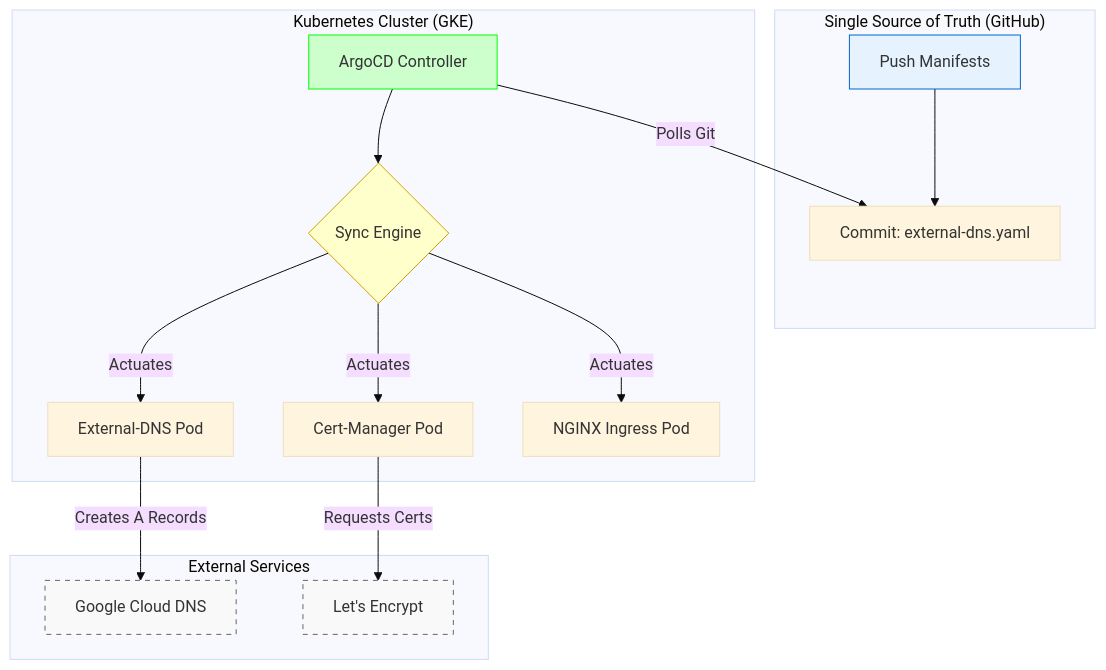
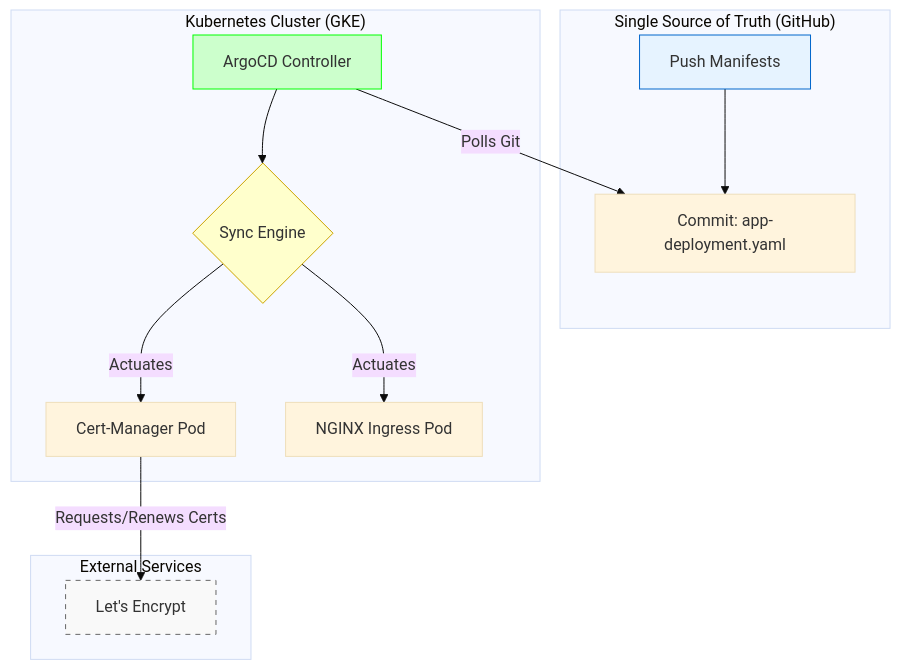
Before and after one commit to Shrey496/terraform-gke-argocd: the diagram in README.md, drawn with Mermaid (base theme). The commit also changed other lines of this file, not shown here.

````diff
--- a/README.md
+++ b/README.md
@@ -29,35 +35,30 @@
 ```mermaid
 graph TD
     subgraph Git_Repository ["Single Source of Truth (GitHub)"]
-        A[Push Manifests] --> B[Commit: external-dns.yaml]
+        A[Push Manifests] --> B[Commit: app-deployment.yaml]
     end
 
     subgraph GKE_Cluster ["Kubernetes Cluster (GKE)"]
         C[ArgoCD Controller] 
         D{Sync Engine}
         
-        E[External-DNS Pod]
         F[Cert-Manager Pod]
         G[NGINX Ingress Pod]
 
         C -- Polls Git --> B
         C --> D
-        D -- Actuates --> E
         D -- Actuates --> F
         D -- Actuates --> G
     end
 
     subgraph Cloud_Providers ["External Services"]
-        H[Google Cloud DNS]
         I[Let's Encrypt]
         
-        E -- Creates A Records --> H
-        F -- Requests Certs --> I
+        F -- Requests/Renews Certs --> I
     end
 
     style A fill:#e6f3ff,stroke:#0066cc
     style C fill:#ccffcc,stroke:#00ff00
     style D fill:#ffffcc,stroke:#cca300
-    style H fill:#f9f9f9,stroke:#666,stroke-dasharray: 5 5
     style I fill:#f9f9f9,stroke:#666,stroke-dasharray: 5 5
 ```
````
